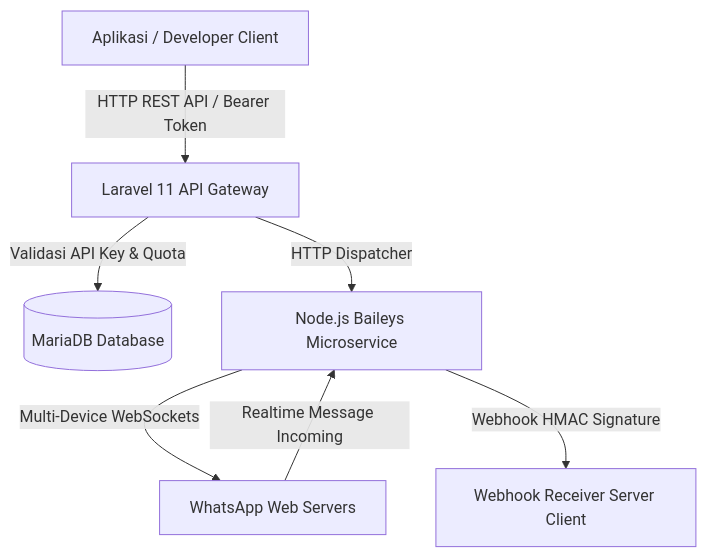
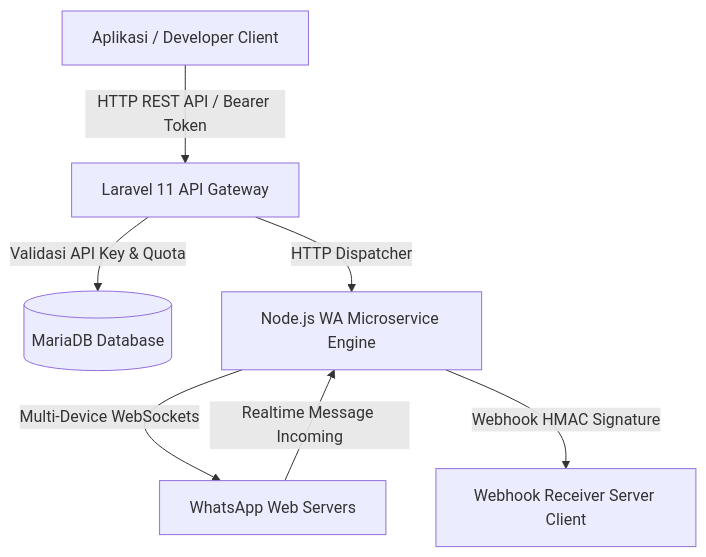
Before and after one commit to zzamcodes18/whatsapp-gateway-enterprise: the diagram in README.md, drawn with Mermaid. The commit also changed other lines of this file and 1 other file, not shown here.

````diff
--- a/README.md
+++ b/README.md
@@ -44,9 +44,9 @@
 ```mermaid
 graph TD
     UserClient[Aplikasi / Developer Client] -->|HTTP REST API / Bearer Token| LaravelAPI[Laravel 11 API Gateway]
     LaravelAPI -->|Validasi API Key & Quota| DB[(MariaDB Database)]
-    LaravelAPI -->|HTTP Dispatcher| WAEngine[Node.js Baileys Microservice]
+    LaravelAPI -->|HTTP Dispatcher| WAEngine[Node.js WA Microservice Engine]
     WAEngine -->|Multi-Device WebSockets| WAServer[WhatsApp Web Servers]
     WAServer -->|Realtime Message Incoming| WAEngine
     WAEngine -->|Webhook HMAC Signature| UserWebhook[Webhook Receiver Server Client]
 ```
````
